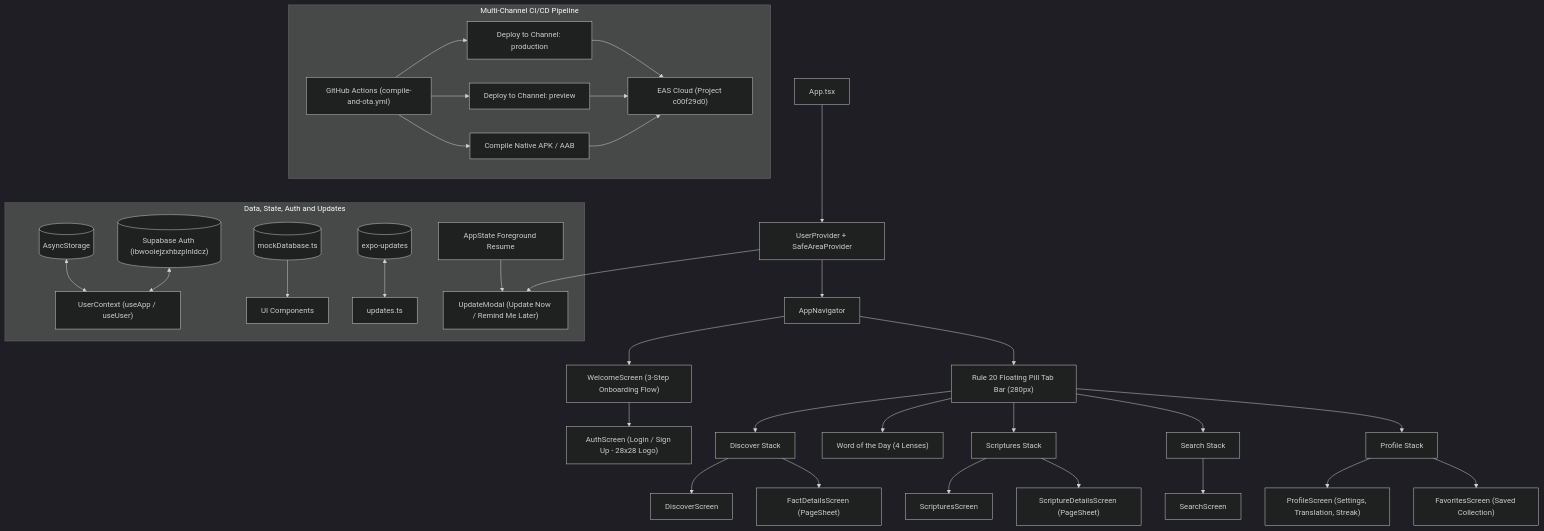
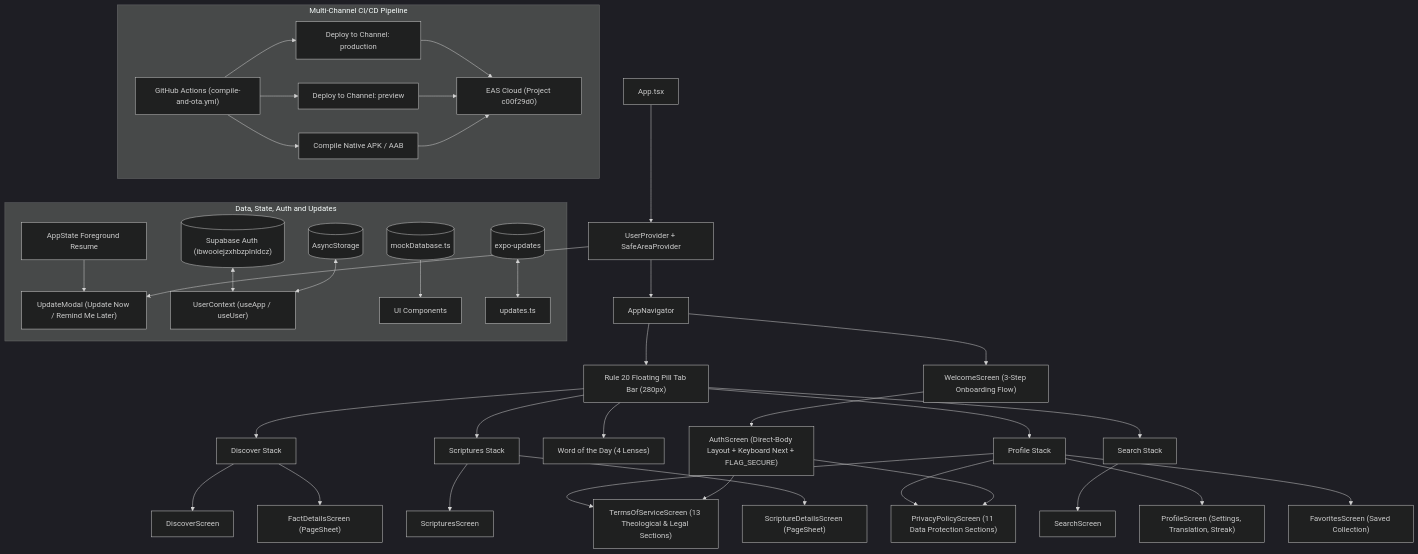
Before and after one commit to thulanesigasa/bible_fun_facts: the diagram in README.md, drawn with Mermaid (dark theme). The commit also changed other lines of this file and 8 other files, not shown here.

Commit message:
feat: direct-body auth layout, keyboard next navigation, Kotlin FLAG_SECURE screen protection, legal screens, and v1.0.2 outer bundle

````diff
--- a/README.md
+++ b/README.md
@@ -26,44 +29,48 @@
 ```mermaid
 graph TD
     App["App.tsx"] --> Providers["UserProvider + SafeAreaProvider"]
     Providers --> Nav["AppNavigator"]
     Providers --> UpdateModal["UpdateModal (Update Now / Remind Me Later)"]
     Nav --> Welcome["WelcomeScreen (3-Step Onboarding Flow)"]
-    Welcome --> Auth["AuthScreen (Login / Sign Up - 28x28 Logo)"]
+    Welcome --> Auth["AuthScreen (Direct-Body Layout + Keyboard Next + FLAG_SECURE)"]
+    Auth --> Terms["TermsOfServiceScreen (13 Theological & Legal Sections)"]
+    Auth --> Privacy["PrivacyPolicyScreen (11 Data Protection Sections)"]
     Nav --> Tabs["Rule 20 Floating Pill Tab Bar (280px)"]
     
     Tabs --> DiscoverStack["Discover Stack"]
     Tabs --> WOTDScreen["Word of the Day (4 Lenses)"]
     Tabs --> ScripturesStack["Scriptures Stack"]
     Tabs --> SearchStack["Search Stack"]
     Tabs --> ProfileStack["Profile Stack"]
     
     DiscoverStack --> DiscoverMain["DiscoverScreen"]
     DiscoverStack --> FactDetails["FactDetailsScreen (PageSheet)"]
     
     ScripturesStack --> ScripturesMain["ScripturesScreen"]
     ScripturesStack --> ScriptureDetails["ScriptureDetailsScreen (PageSheet)"]
     
     SearchStack --> SearchMain["SearchScreen"]
     ProfileStack --> ProfileMain["ProfileScreen (Settings, Translation, Streak)"]
     ProfileStack --> FavoritesMain["FavoritesScreen (Saved Collection)"]
+    ProfileStack --> Terms
+    ProfileStack --> Privacy
     
     subgraph DataUpdates["Data, State, Auth and Updates"]
         AsyncStorage[("AsyncStorage")] <--> UserContext["UserContext (useApp / useUser)"]
         Supabase[("Supabase Auth (ibwooiejzxhbzplnldcz)")] <--> UserContext
         MockDB[("mockDatabase.ts")] --> Components["UI Components"]
         ExpoUpdates[("expo-updates")] <--> UpdateService["updates.ts"]
         AppStateListener["AppState Foreground Resume"] --> UpdateModal
     end
     
     subgraph Pipeline["Multi-Channel CI/CD Pipeline"]
         GHA["GitHub Actions (compile-and-ota.yml)"]
         GHA --> ProdOTA["Deploy to Channel: production"]
         GHA --> PrevOTA["Deploy to Channel: preview"]
         GHA --> CompileJob["Compile Native APK / AAB"]
         EASCloud["EAS Cloud (Project c00f29d0)"]
         ProdOTA --> EASCloud
         PrevOTA --> EASCloud
         CompileJob --> EASCloud
     end
 ```
````
